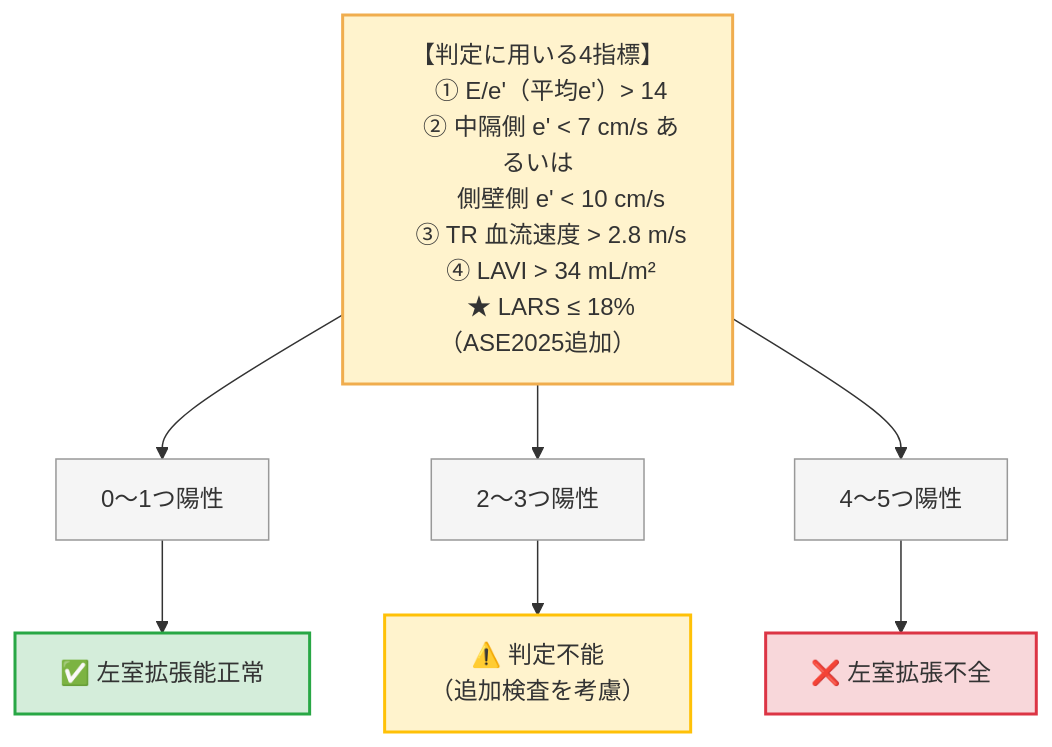
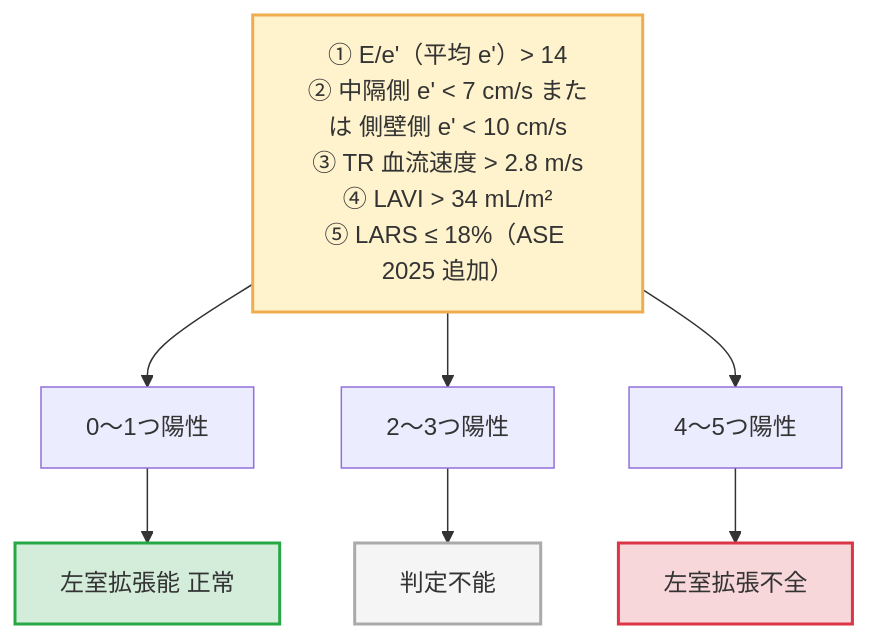
Before and after one commit to hiro-git-create/fukubu-echo: the first of 2 diagrams in 心エコーデジタル教科書/03_心機能評価/02_左室拡張能の評価アルゴリズム_ASE2025_LARS.md, drawn with Mermaid. The commit also changed other lines of this file, not shown here.

Commit message:
Fix Mermaid syntax for Obsidian compatibility (remove multiline nodes)

````diff
--- a/心エコーデジタル教科書/03_心機能評価/02_左室拡張能の評価アルゴリズム_ASE2025_LARS.md
+++ b/心エコーデジタル教科書/03_心機能評価/02_左室拡張能の評価アルゴリズム_ASE2025_LARS.md
@@ -34,26 +31,14 @@
 ```mermaid
 graph TD
-    CRIT["【判定に用いる4指標】
-    ① E/e'（平均e'）> 14
-    ② 中隔側 e' < 7 cm/s あるいは
-       側壁側 e' < 10 cm/s
-    ③ TR 血流速度 > 2.8 m/s
-    ④ LAVI > 34 mL/m²
-    ★ LARS ≤ 18%（ASE2025追加）"]
-
-    CRIT --> R0["0〜1つ陽性"]
-    CRIT --> R2["2〜3つ陽性"]
-    CRIT --> R4["4〜5つ陽性"]
-
-    R0 --> N["✅ 左室拡張能正常"]
-    R2 --> I["⚠️ 判定不能<br>（追加検査を考慮）"]
-    R4 --> D["❌ 左室拡張不全"]
-
+    CRIT["① E/e'（平均 e'）> 14<br/>② 中隔側 e' < 7 cm/s または 側壁側 e' < 10 cm/s<br/>③ TR 血流速度 > 2.8 m/s<br/>④ LAVI > 34 mL/m²<br/>⑤ LARS ≤ 18%（ASE 2025 追加）"]
+    CRIT --> R01["0〜1つ陽性"]
+    CRIT --> R23["2〜3つ陽性"]
+    CRIT --> R45["4〜5つ陽性"]
+    R01 --> NORM["左室拡張能 正常"]
+    R23 --> UNDET["判定不能"]
+    R45 --> DD["左室拡張不全"]
     style CRIT fill:#fff3cd,stroke:#f0ad4e,stroke-width:2px
-    style R0 fill:#f5f5f5,stroke:#999
-    style R2 fill:#f5f5f5,stroke:#999
-    style R4 fill:#f5f5f5,stroke:#999
-    style N fill:#d4edda,stroke:#28a745,stroke-width:2px
-    style I fill:#fff3cd,stroke:#ffc107,stroke-width:2px
-    style D fill:#f8d7da,stroke:#dc3545,stroke-width:2px
+    style NORM fill:#d4edda,stroke:#28a745,stroke-width:2px
+    style UNDET fill:#f5f5f5,stroke:#aaa,stroke-width:2px
+    style DD fill:#f8d7da,stroke:#dc3545,stroke-width:2px
 ```
````
